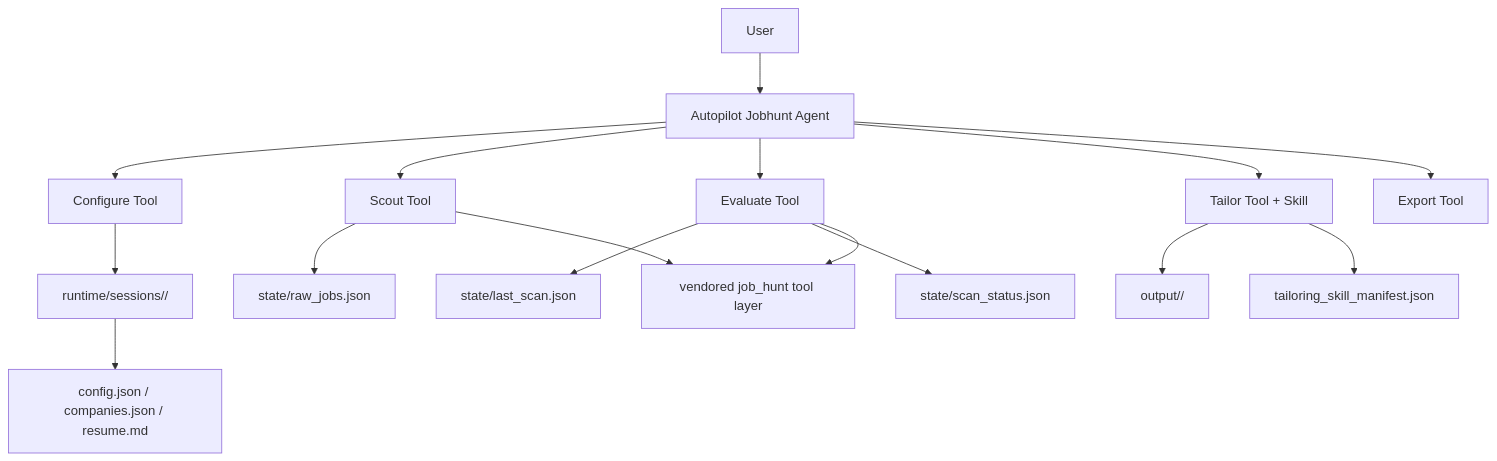
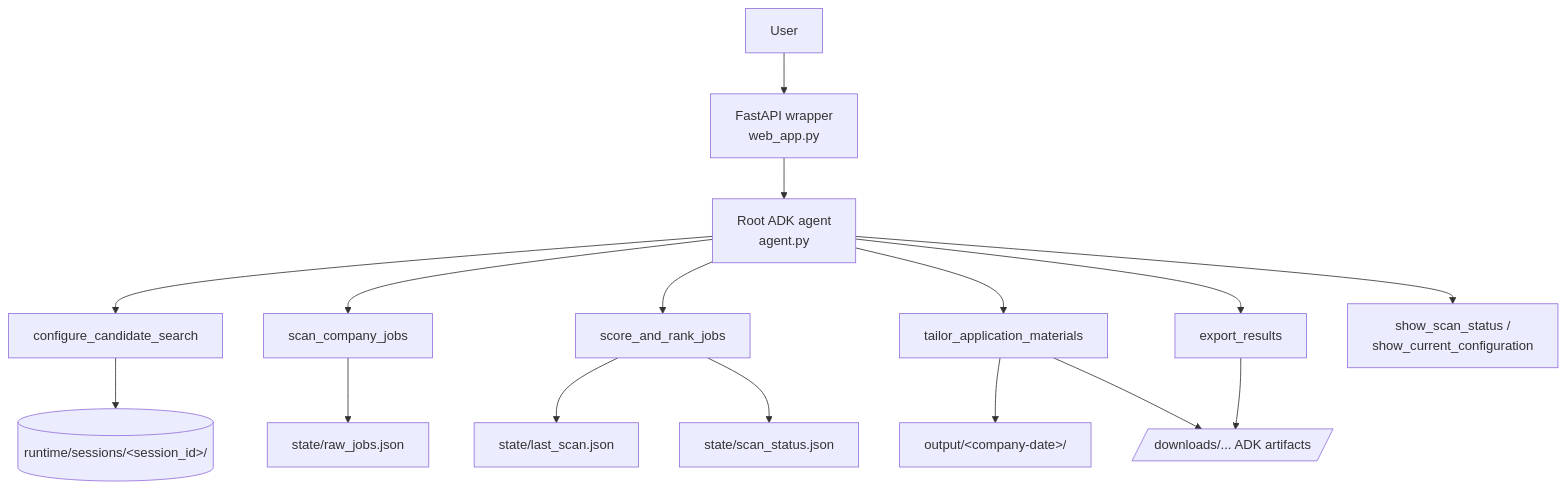
Before and after one commit to AmbitiousAnil/target-jobs-search-AI: the second of 2 diagrams in README.md, drawn with Mermaid. The commit also changed other lines of this file and 90 other files, not shown here.

````diff
--- a/README.md
+++ b/README.md
@@ -39,20 +103,19 @@
 ```mermaid
 flowchart TD
-    U["User"] --> A["Autopilot Jobhunt Agent"]
-    A --> CFG["Configure Tool"]
-    A --> S["Scout Tool"]
-    A --> E["Evaluate Tool"]
-    A --> T["Tailor Tool + Skill"]
-    A --> X["Export Tool"]
+    U[User] --> W[FastAPI wrapper<br/>web_app.py]
+    W --> A[Root ADK agent<br/>agent.py]
+    A --> C[configure_candidate_search]
+    A --> S[scan_company_jobs]
+    A --> R[score_and_rank_jobs]
+    A --> T[tailor_application_materials]
+    A --> E[export_results]
+    A --> ST[show_scan_status /<br/>show_current_configuration]
 
-    CFG --> SESSION["runtime/sessions/<session_id>/"]
-    SESSION --> CONFIG["config.json / companies.json / resume.md"]
-    S --> RAW["state/raw_jobs.json"]
-    E --> SCORED["state/last_scan.json"]
-    E --> STATUS["state/scan_status.json"]
-    T --> OUT["output/<company-date>/"]
-    T --> MANIFEST["tailoring_skill_manifest.json"]
-
-    S --> MCP["vendored job_hunt tool layer"]
-    E --> MCP
+    C --> SESSION[(runtime/sessions/&lt;session_id&gt;/)]
+    S --> RAW[state/raw_jobs.json]
+    R --> SCORED[state/last_scan.json]
+    R --> STATUS[state/scan_status.json]
+    T --> OUT[output/&lt;company-date&gt;/]
+    T --> ART[/downloads/... ADK artifacts/]
+    E --> ART
 ```
````
